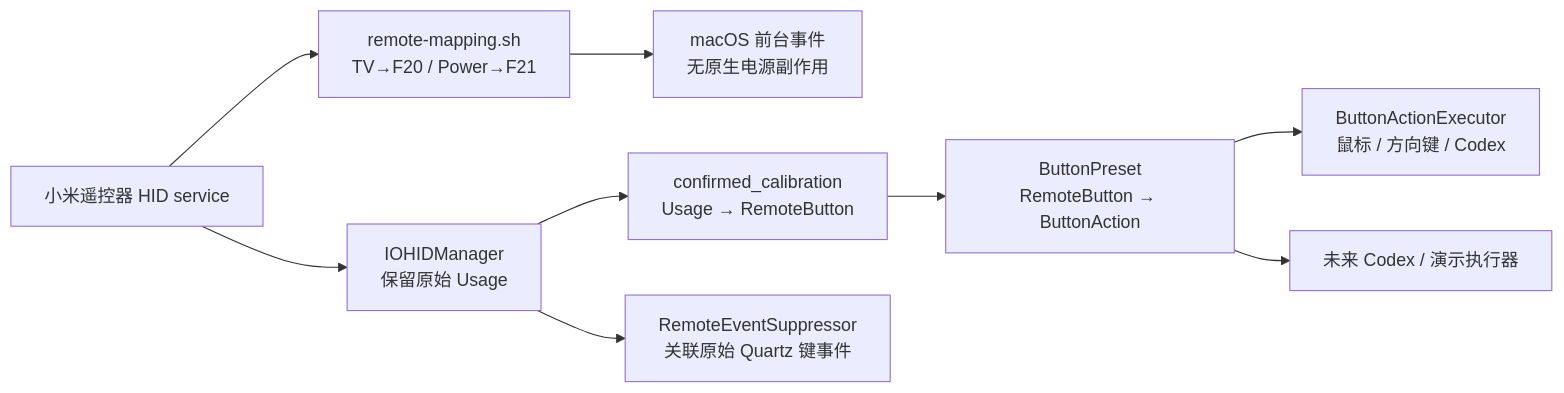
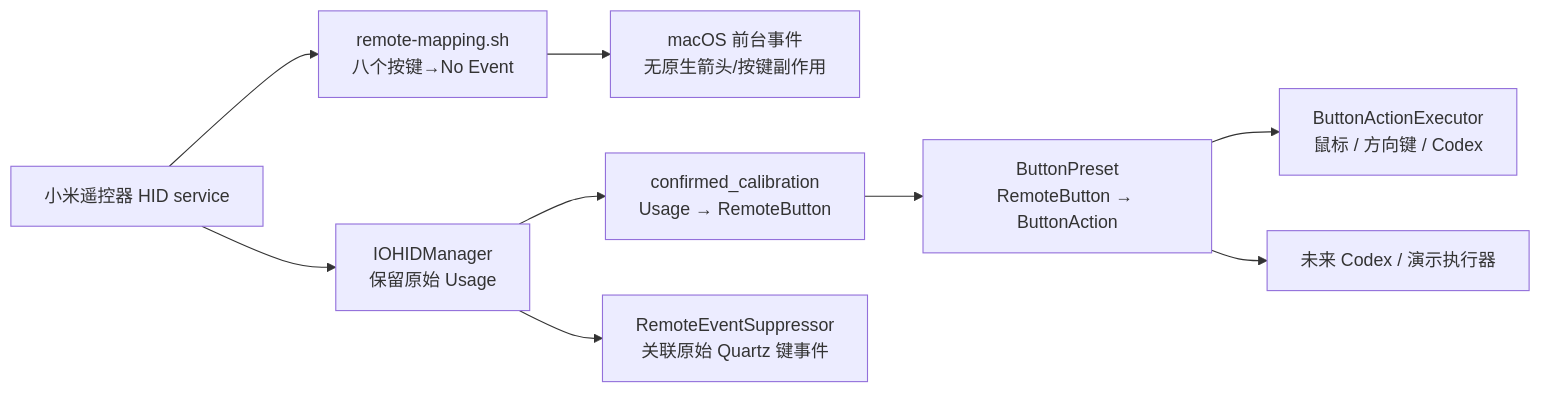
The diagram in docs/ARCHITECTURE.md (fanxeon/mi-ao), drawn with Mermaid before and after one commit. The commit also changed other lines of this file and 18 other files, not shown here.

````diff
--- a/docs/ARCHITECTURE.md
+++ b/docs/ARCHITECTURE.md
@@ -19,11 +19,11 @@
 ```mermaid
 flowchart LR
     REMOTE["小米遥控器 HID service"] --> HID["IOHIDManager<br/>保留原始 Usage"]
-    REMOTE --> NEUTRAL["remote-mapping.sh<br/>TV→F20 / Power→F21"]
-    NEUTRAL --> MACOS["macOS 前台事件<br/>无原生电源副作用"]
+    REMOTE --> NEUTRAL["remote-mapping.sh<br/>八个按键→No Event"]
+    NEUTRAL --> MACOS["macOS 前台事件<br/>无原生箭头/按键副作用"]
     HID --> CAL["confirmed_calibration<br/>Usage → RemoteButton"]
     CAL --> PRESET["ButtonPreset<br/>RemoteButton → ButtonAction"]
     PRESET --> EXECUTOR["ButtonActionExecutor<br/>鼠标 / 方向键 / Codex"]
     PRESET --> FUTURE["未来 Codex / 演示执行器"]
     HID --> SUPPRESS["RemoteEventSuppressor<br/>关联原始 Quartz 键事件"]
 ```
````
